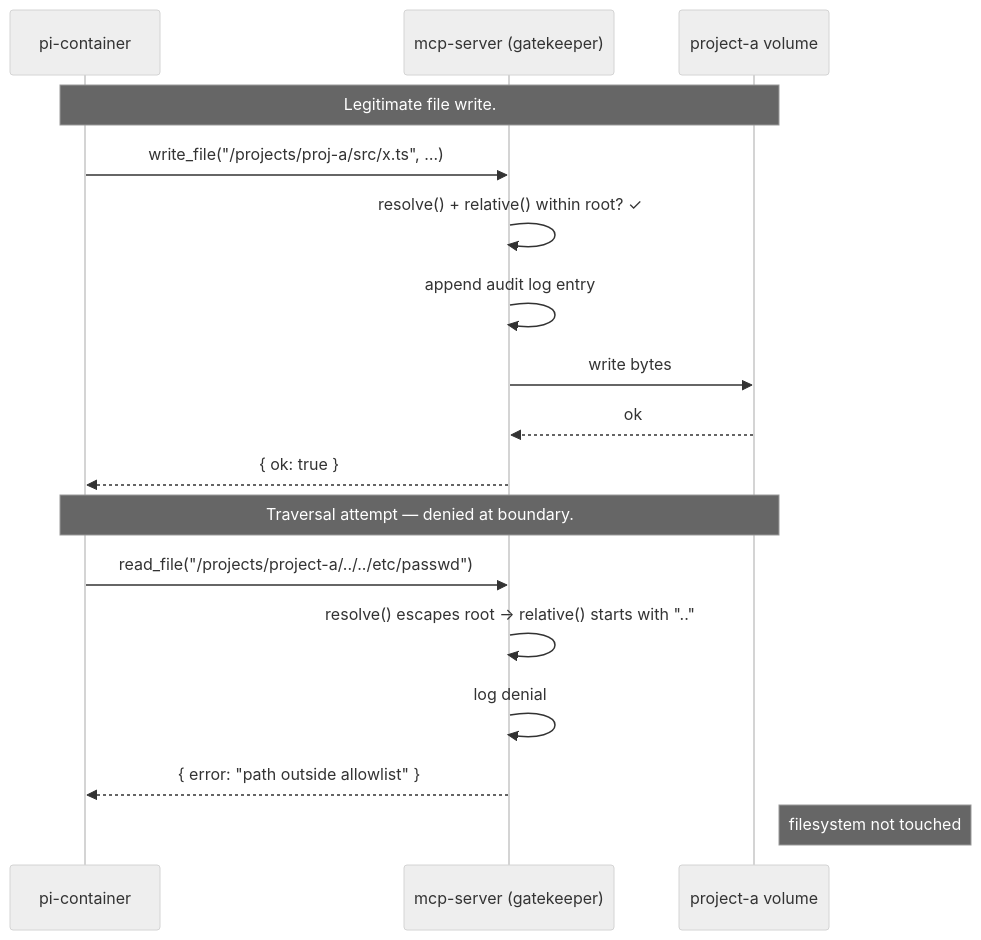
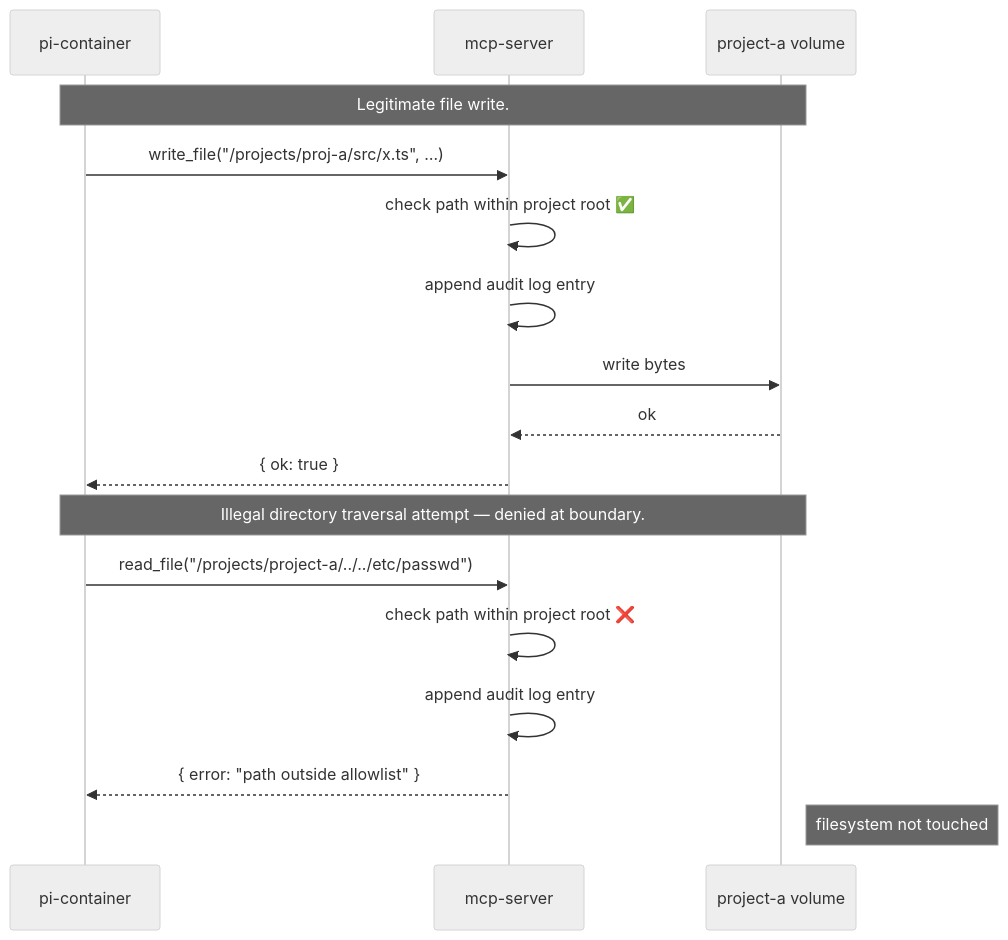
Before and after one commit to kieranpotts/genie: the second of 4 diagrams in docs/solution.md, drawn with Mermaid (neutral theme). The commit also changed other lines of this file and 5 other files, not shown here.

````diff
--- a/docs/solution.md
+++ b/docs/solution.md
@@ -123,21 +108,21 @@
 ```mermaid
 sequenceDiagram
   participant Pi as pi-container
-  participant MCP as mcp-server (gatekeeper)
+  participant MCP as mcp-server
   participant FS as project-a volume
 
   Note over Pi,FS: Legitimate file write.
   Pi->>MCP: write_file("/projects/proj-a/src/x.ts", …)
-  MCP->>MCP: resolve() + relative() within root? ✓
+  MCP->>MCP: check path within project root ✅
   MCP->>MCP: append audit log entry
   MCP->>FS: write bytes
   FS-->>MCP: ok
   MCP-->>Pi: { ok: true }
 
-  Note over Pi,FS: Traversal attempt — denied at boundary.
+  Note over Pi,FS: Illegal directory traversal attempt — denied at boundary.
   Pi->>MCP: read_file("/projects/project-a/../../etc/passwd")
-  MCP->>MCP: resolve() escapes root → relative() starts with ".."
-  MCP->>MCP: log denial
+  MCP->>MCP: check path within project root ❌
+  MCP->>MCP: append audit log entry
   MCP-->>Pi: { error: "path outside allowlist" }
   Note right of FS: filesystem not touched
 ```
````
